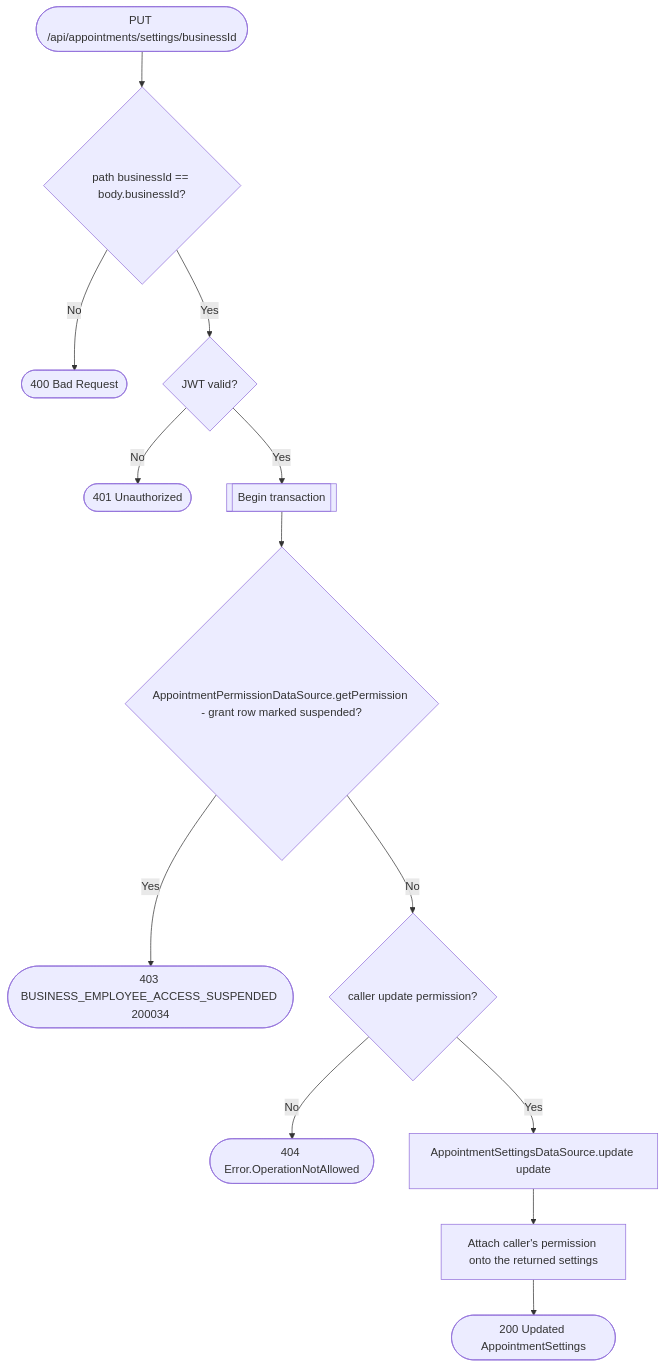
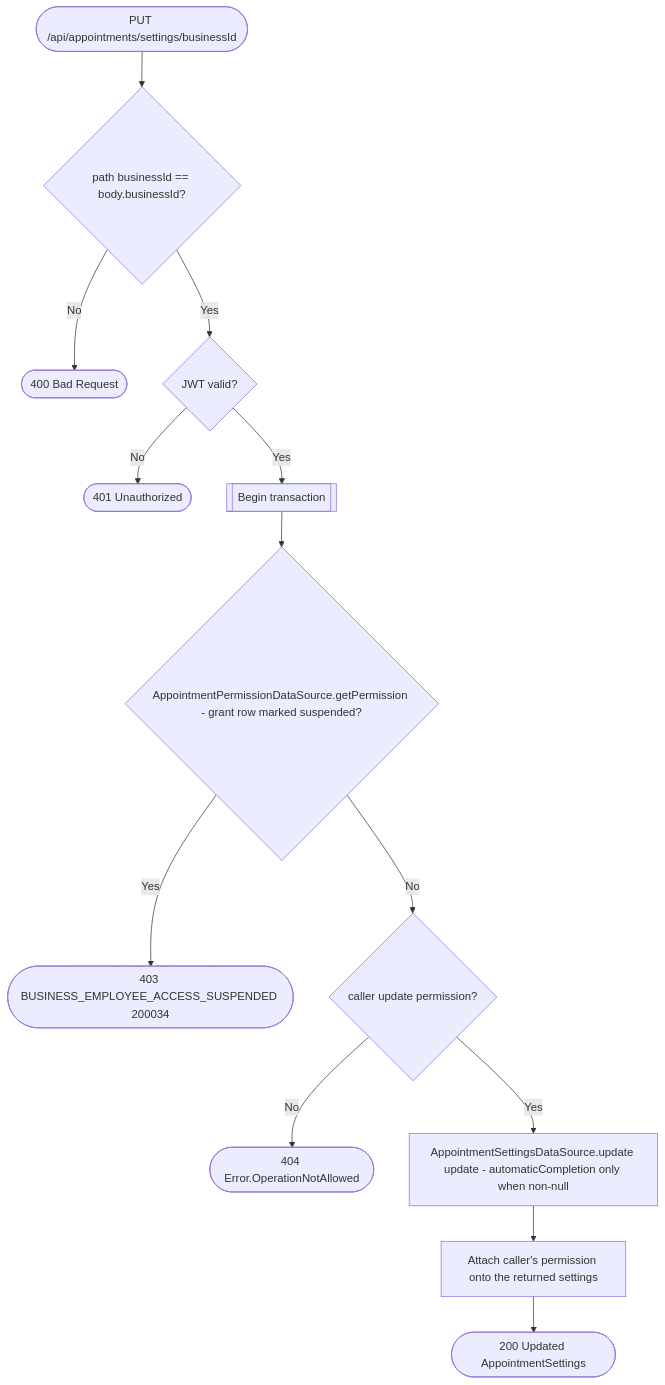
Before and after one commit to an22/bookk.me-backend: the diagram in docs/operations/appointments/edit-appointment-settings.md, drawn with Mermaid. The commit also changed other lines of this file and 31 other files, not shown here.

Commit message:
[ISSUE-91] add manual appointment completion

````diff
--- a/docs/operations/appointments/edit-appointment-settings.md
+++ b/docs/operations/appointments/edit-appointment-settings.md
@@ -9,15 +16,15 @@
 ```mermaid
 flowchart TD
     Start([PUT /api/appointments/settings/businessId]) --> PathCheck{path businessId == body.businessId?}
     PathCheck -- No --> R400([400 Bad Request])
     PathCheck -- Yes --> Auth{JWT valid?}
     Auth -- No --> R401([401 Unauthorized])
     Auth -- Yes --> Tx[[Begin transaction]]
     Tx --> Suspended{AppointmentPermissionDataSource.getPermission - grant row marked suspended?}
     Suspended -- Yes --> R403s([403 BUSINESS_EMPLOYEE_ACCESS_SUSPENDED 200034])
     Suspended -- No --> Perm{caller update permission?}
     Perm -- No --> R404([404 Error.OperationNotAllowed])
-    Perm -- Yes --> Update[AppointmentSettingsDataSource.update update]
+    Perm -- Yes --> Update[AppointmentSettingsDataSource.update update - automaticCompletion only when non-null]
     Update --> Attach[Attach caller's permission onto the returned settings]
     Attach --> R200([200 Updated AppointmentSettings])
 ```
````
